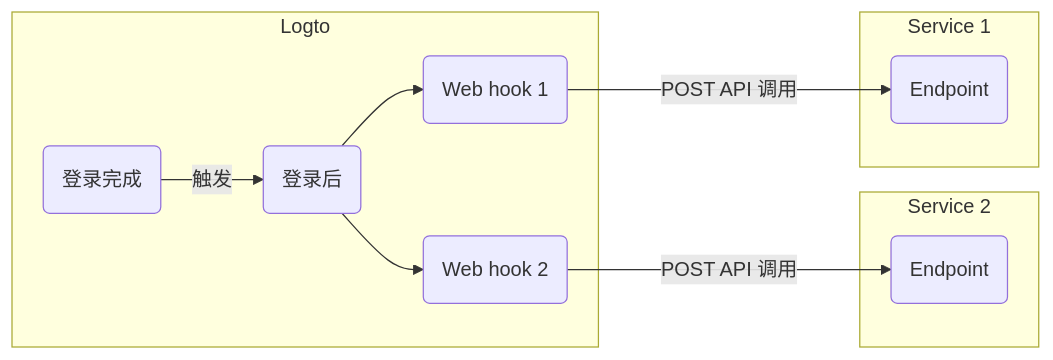
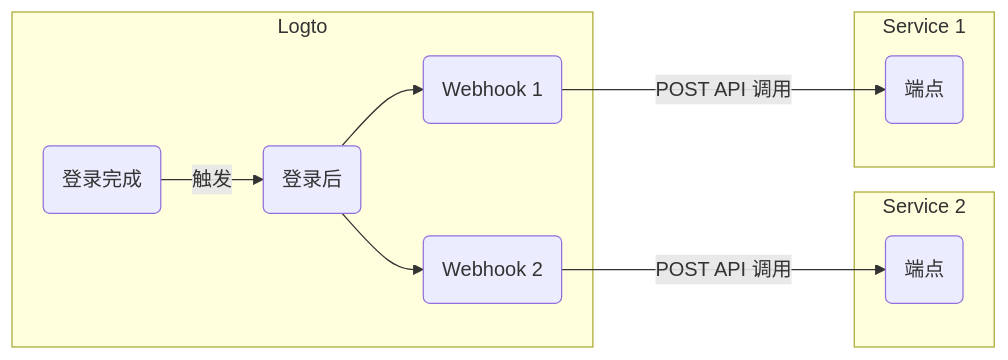
The diagram in i18n/zh-CN/docusaurus-plugin-content-docs/current/developers/webhooks/README.mdx (logto-io/docs), drawn with Mermaid before and after one commit. The commit also changed other lines of this file and 161 other files, not shown here.

````diff
--- a/i18n/zh-CN/docusaurus-plugin-content-docs/current/developers/webhooks/README.mdx
+++ b/i18n/zh-CN/docusaurus-plugin-content-docs/current/developers/webhooks/README.mdx
@@ -36,24 +38,24 @@
 ```mermaid
 graph LR
   subgraph Logto
     SF(登录完成)
     PS(登录后)
-    WH2(Web hook 2)
-    WH1(Web hook 1)
+    WH2(Webhook 2)
+    WH1(Webhook 1)
   end
 
   subgraph Service 2
-    E2(Endpoint)
+    E2(端点)
   end
 
   subgraph Service 1
-    E1(Endpoint)
+    E1(端点)
   end
 
   SF -->|触发| PS
   PS --> WH1
   PS --> WH2
   WH1 --->|POST API 调用| E1
   WH2 --->|POST API 调用| E2
 
 ```
````
